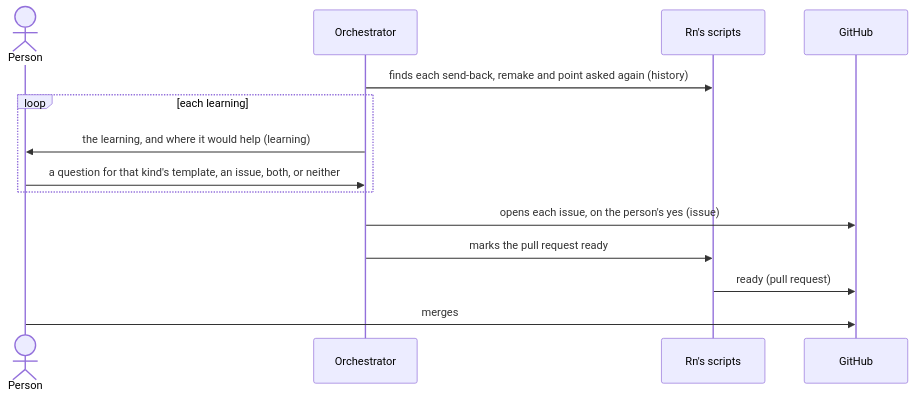
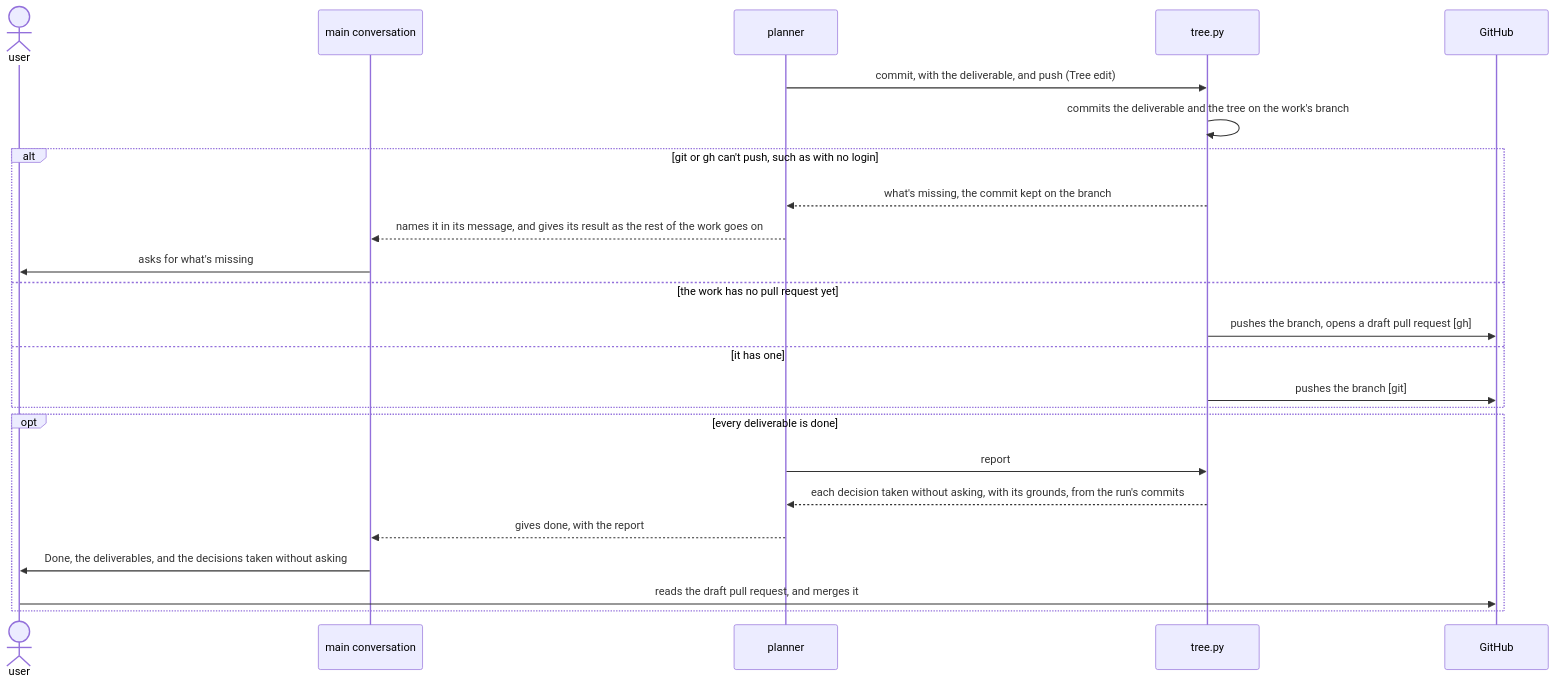
The fifth of 5 diagrams in dev/rn/architecture.md (lovaizu/ccpm), drawn with Mermaid before and after one commit. The commit also changed other lines of this file and 5 other files, not shown here.

````diff
--- a/dev/rn/architecture.md
+++ b/dev/rn/architecture.md
@@ -189,16 +428,26 @@
 ```mermaid
 sequenceDiagram
-  actor U as Person
-  participant O as Orchestrator
-  participant S as Rn's scripts
-  participant G as GitHub
-  O->>S: finds each send-back, remake and point asked again (history)
-  loop each learning
-    O->>U: the learning, and where it would help (learning)
-    U->>O: a question for that kind's template, an issue, both, or neither
+  actor U as user
+  participant M as main conversation
+  participant P as planner
+  participant T as tree.py
+  participant GH as GitHub
+  P->>T: commit, with the deliverable, and push (Tree edit)
+  T->>T: commits the deliverable and the tree on the work's branch
+  alt git or gh can't push, such as with no login
+    T-->>P: what's missing, the commit kept on the branch
+    P-->>M: names it in its message, and gives its result as the rest of the work goes on
+    M->>U: asks for what's missing
+  else the work has no pull request yet
+    T->>GH: pushes the branch, opens a draft pull request [gh]
+  else it has one
+    T->>GH: pushes the branch [git]
   end
-  O->>G: opens each issue, on the person's yes (issue)
-  O->>S: marks the pull request ready
-  S->>G: ready (pull request)
-  U->>G: merges
+  opt every deliverable is done
+    P->>T: report
+    T-->>P: each decision taken without asking, with its grounds, from the run's commits
+    P-->>M: gives done, with the report
+    M->>U: Done, the deliverables, and the decisions taken without asking
+    U->>GH: reads the draft pull request, and merges it
+  end
 ```
````
